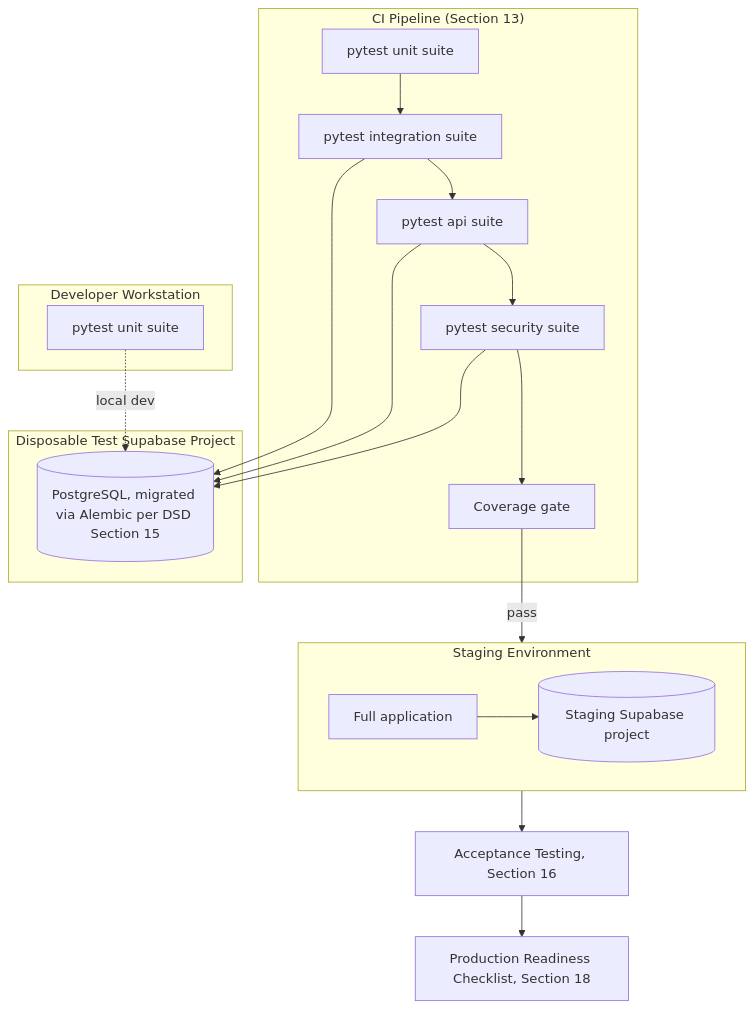
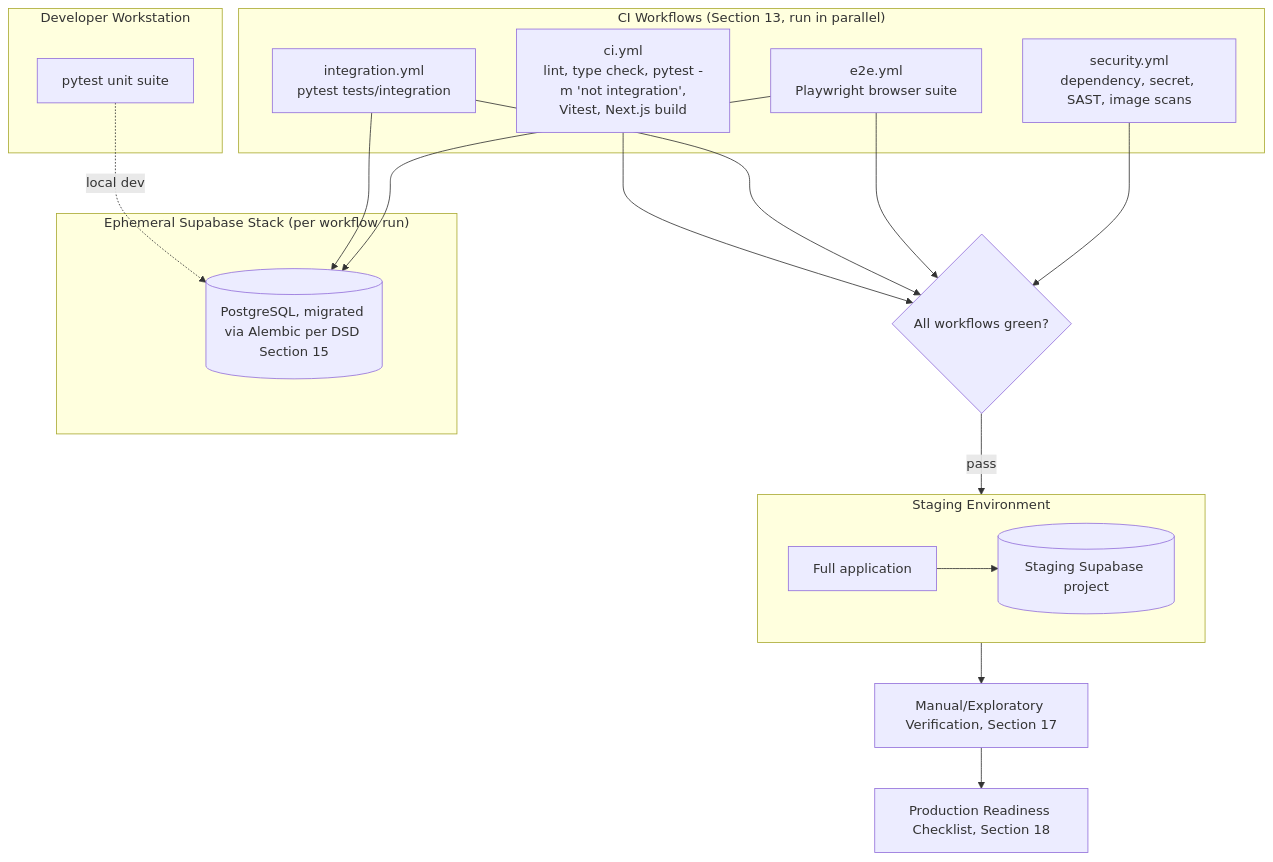
The second of 5 diagrams in docs/testing_strategy.md (ayeshashahzad565-dev/enterprise-automation-hub), drawn with Mermaid before and after one commit. The commit also changed other lines of this file and 1 other file, not shown here.

````diff
--- a/docs/testing_strategy.md
+++ b/docs/testing_strategy.md
@@ -146,30 +165,31 @@
 ```mermaid
 flowchart TB
     subgraph Dev["Developer Workstation"]
         U1[pytest unit suite]
     end
-    subgraph CI["CI Pipeline (Section 13)"]
-        C1[pytest unit suite]
-        C2[pytest integration suite]
-        C3[pytest api suite]
-        C4[pytest security suite]
-        C5[Coverage gate]
+    subgraph CI["CI Workflows (Section 13, run in parallel)"]
+        C1["ci.yml<br/>lint, type check, pytest -m 'not integration',<br/>Vitest, Next.js build"]
+        C2["integration.yml<br/>pytest tests/integration"]
+        C3["e2e.yml<br/>Playwright browser suite"]
+        C4["security.yml<br/>dependency, secret, SAST, image scans"]
     end
-    subgraph TestDB["Disposable Test Supabase Project"]
+    subgraph TestDB["Ephemeral Supabase Stack (per workflow run)"]
         D1[(PostgreSQL, migrated via Alembic per DSD Section 15)]
     end
     subgraph Staging["Staging Environment"]
         S1[Full application]
         S2[(Staging Supabase project)]
     end
 
     U1 -.local dev.-> D1
     C2 --> D1
     C3 --> D1
-    C4 --> D1
-    C1 --> C2 --> C3 --> C4 --> C5
-    C5 -->|pass| Staging
+    C1 --> G{All workflows green?}
+    C2 --> G
+    C3 --> G
+    C4 --> G
+    G -->|pass| Staging
     S1 --> S2
-    Staging --> Acceptance[Acceptance Testing, Section 16]
-    Acceptance --> Prod[Production Readiness Checklist, Section 18]
+    Staging --> Manual[Manual/Exploratory Verification, Section 17]
+    Manual --> Prod[Production Readiness Checklist, Section 18]
 ```
````
